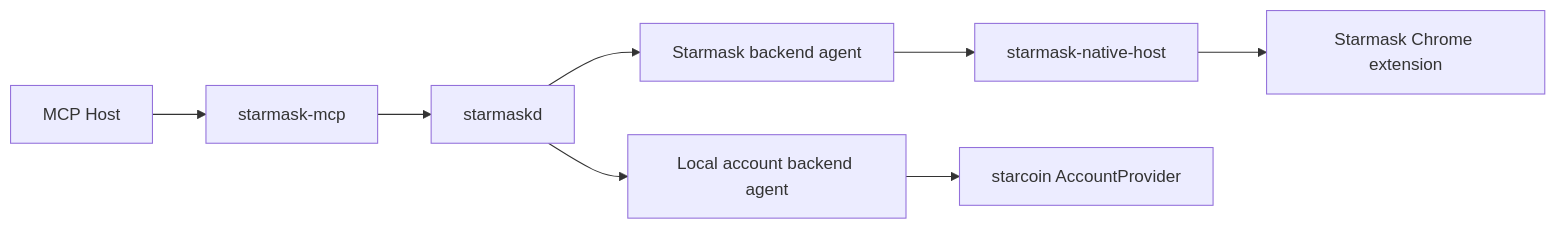
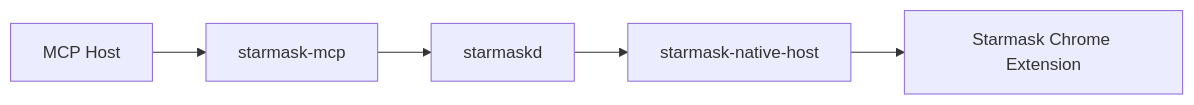
The diagram in starmask-mcp/docs/starmask-mcp-interface-design.md (starcoinorg/starcoin-mcp), drawn with Mermaid before and after one commit. The commit also changed other lines of this file and 11 other files, not shown here.

````diff
--- a/starmask-mcp/docs/starmask-mcp-interface-design.md
+++ b/starmask-mcp/docs/starmask-mcp-interface-design.md
@@ -79,10 +48,7 @@
 ```mermaid
 flowchart LR
     H["MCP Host"] --> M["starmask-mcp"]
     M --> D["starmaskd"]
-    D --> E["Starmask backend agent"]
-    D --> L["Local account backend agent"]
-    E --> N["starmask-native-host"]
-    N --> X["Starmask Chrome extension"]
-    L --> A["starcoin AccountProvider"]
+    D --> N["starmask-native-host"]
+    N --> E["Starmask Chrome Extension"]
 ```
````
